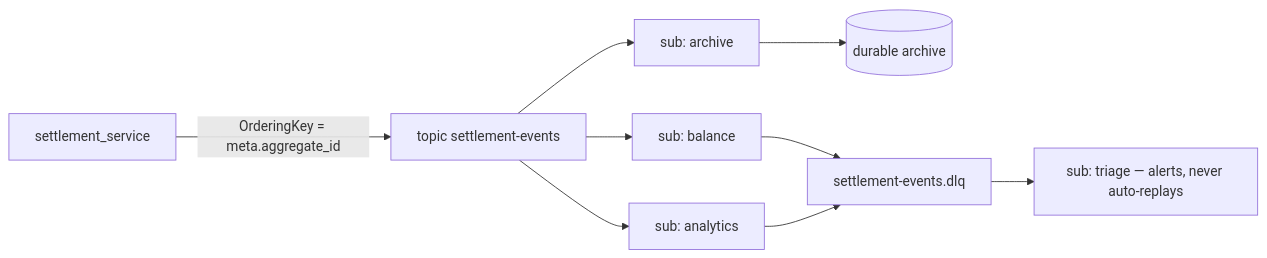
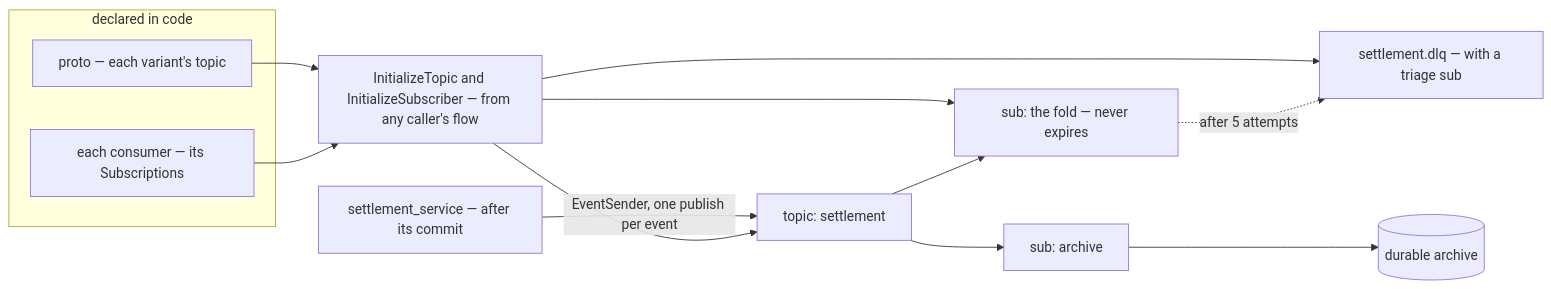
The tenth of 11 diagrams in docs/technical/event_architecture/context_clarify.md (pdcgo/warehouse_revamp), drawn with Mermaid before and after one commit. The commit also changed other lines of this file and 10 other files, not shown here.

Commit message:
godok event architecture

````diff
--- a/docs/technical/event_architecture/context_clarify.md
+++ b/docs/technical/event_architecture/context_clarify.md
@@ -213,11 +540,17 @@
 ```mermaid
 flowchart LR
-  P["settlement_service"] -->|"OrderingKey = meta.aggregate_id"| T["topic settlement-events"]
-  T --> S1["sub: balance"]
-  T --> S2["sub: analytics"]
+  subgraph code ["declared in code"]
+    E["proto — each variant's topic"]
+    C["each consumer — its Subscriptions"]
+  end
+  E --> U["InitializeTopic and InitializeSubscriber — from any caller's flow"]
+  C --> U
+  P["settlement_service — after its commit"] -->|"EventSender, one publish per event"| T["topic: settlement"]
+  U --> T
+  U --> S1["sub: the fold — never expires"]
+  U --> DQ["settlement.dlq — with a triage sub"]
+  T --> S1
   T --> S3["sub: archive"]
   S3 --> BQ[("durable archive")]
-  S1 --> D["settlement-events.dlq"]
-  S2 --> D
-  D --> DS["sub: triage — alerts, never auto-replays"]
+  S1 -.->|"after 5 attempts"| DQ
 ```
````
